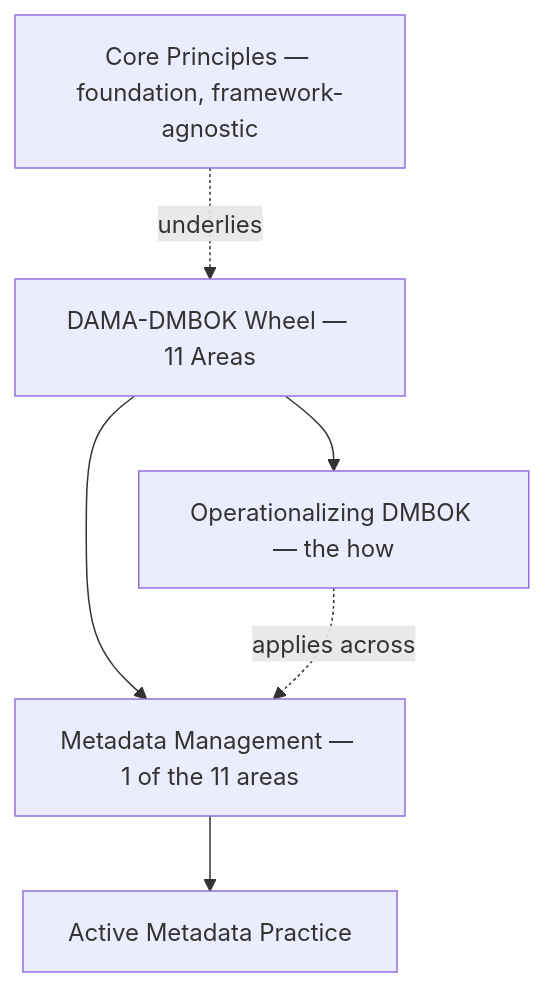
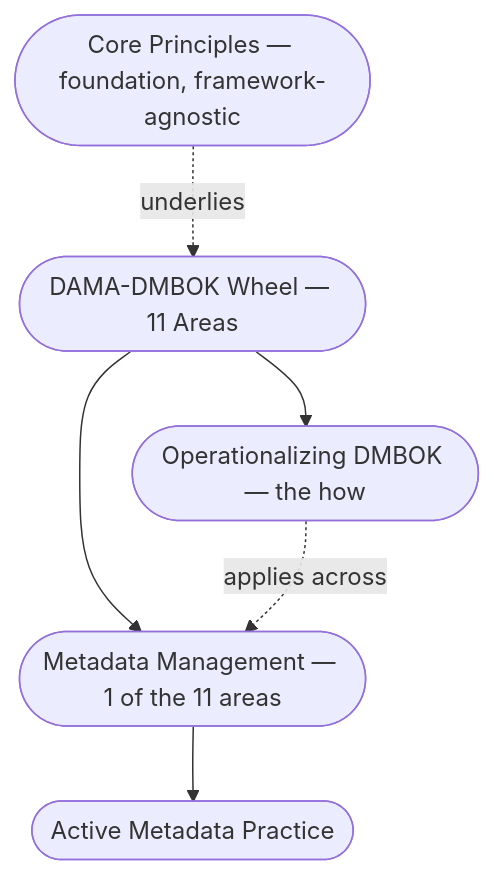
One commit to Sunparus/ai-native-product-ops changed the diagram in docs/domains/data-governance/index.md. Above: the diagram before and after it, drawn with Mermaid. The commit also changed 11 other files, not shown here.

````diff
--- a/docs/domains/data-governance/index.md
+++ b/docs/domains/data-governance/index.md
@@ -11,8 +11,8 @@
 ```mermaid
 flowchart TB
-    PRIN[Core Principles — foundation, framework-agnostic] -.underlies.-> GOV
-    GOV[DAMA-DMBOK Wheel — 11 Areas] --> META["Metadata Management — 1 of the 11 areas"]
-    META --> ACTIVE[Active Metadata Practice]
-    GOV --> OPS[Operationalizing DMBOK — the how]
+    PRIN(["Core Principles — foundation, framework-agnostic"]) -.underlies.-> GOV
+    GOV(["DAMA-DMBOK Wheel — 11 Areas"]) --> META(["Metadata Management — 1 of the 11 areas"])
+    META --> ACTIVE(["Active Metadata Practice"])
+    GOV --> OPS(["Operationalizing DMBOK — the how"])
     OPS -.applies across.-> META
 ```
````
